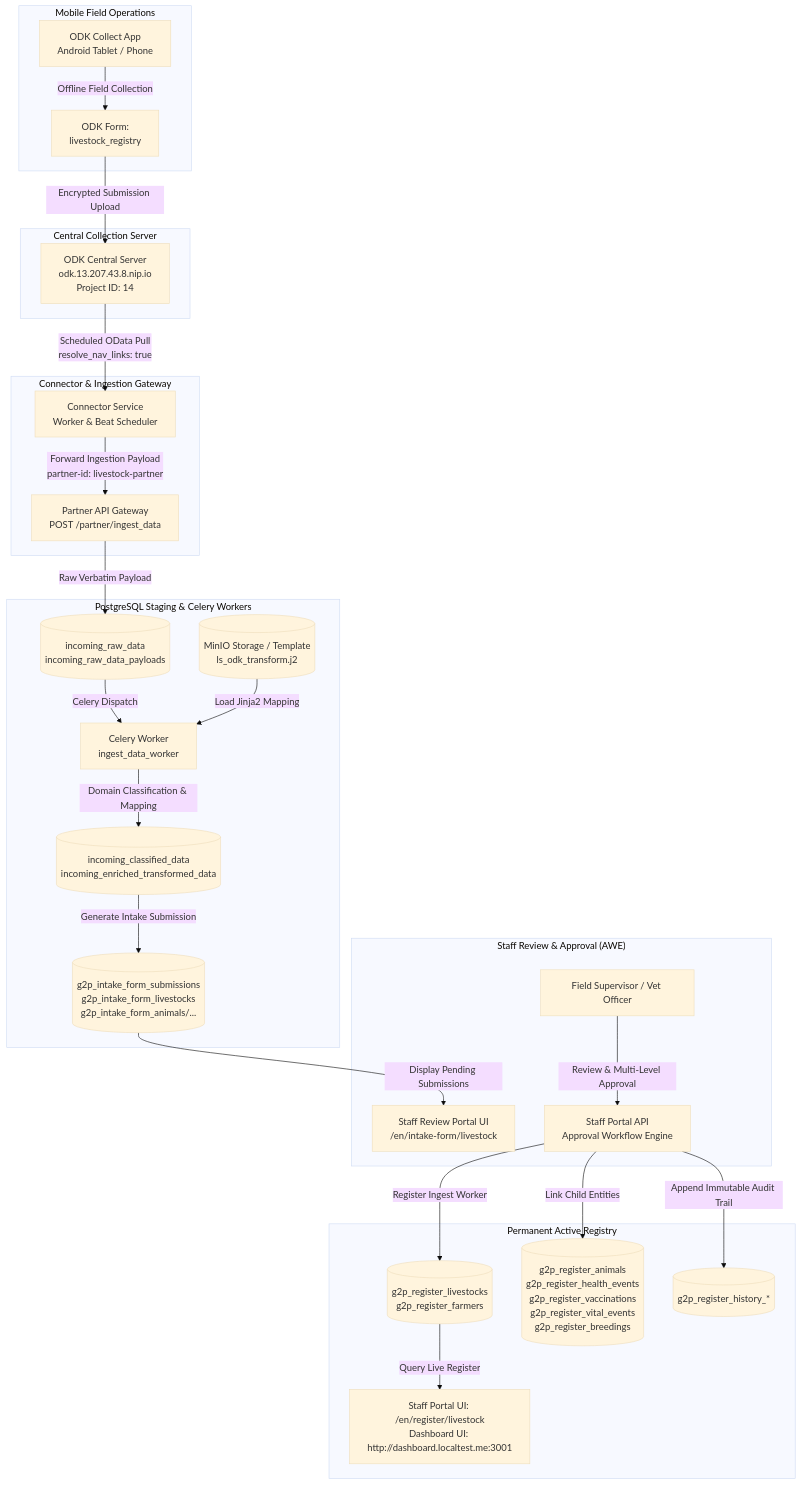
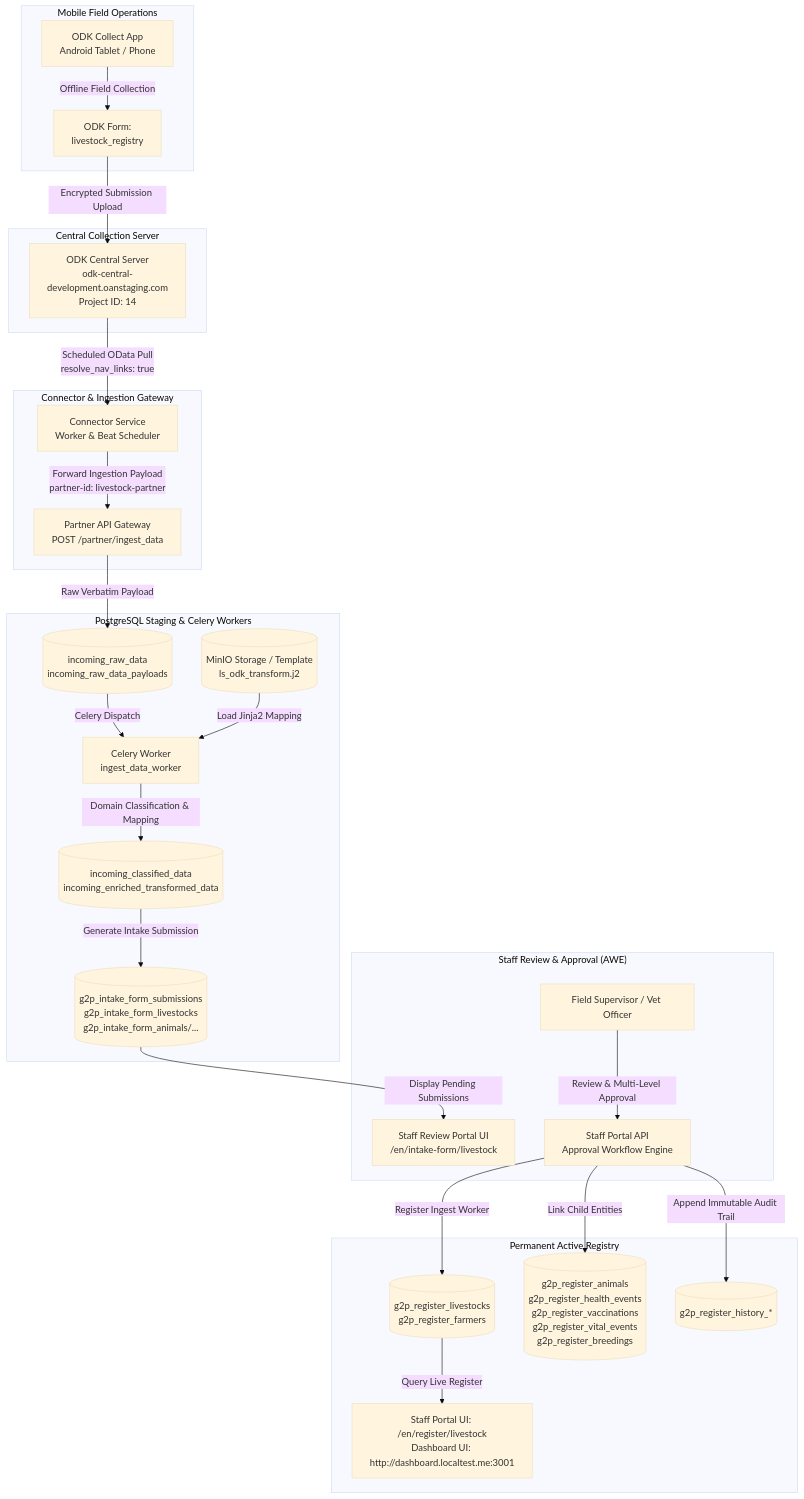
Before and after one commit to Centre-for-Open-Societal-Systems/livestock-registry: the diagram in README.md, drawn with Mermaid (base theme). The commit also changed other lines of this file and 10 other files, not shown here.

````diff
--- a/README.md
+++ b/README.md
@@ -127,35 +127,35 @@
 ```mermaid
 flowchart TD
     subgraph Field ["Mobile Field Operations"]
         A[ODK Collect App<br/>Android Tablet / Phone] -->|Offline Field Collection| B[ODK Form:<br/>livestock_registry]
     end
 
     subgraph ODKCentral ["Central Collection Server"]
-        B -->|Encrypted Submission Upload| C[ODK Central Server<br/>odk.13.207.43.8.nip.io<br/>Project ID: 14]
+        B -->|Encrypted Submission Upload| C[ODK Central Server<br/>odk-central-development.oanstaging.com<br/>Project ID: 14]
     end
 
     subgraph IngestionGateway ["Connector & Ingestion Gateway"]
         C -->|Scheduled OData Pull<br/>resolve_nav_links: true| D[Connector Service<br/>Worker & Beat Scheduler]
         D -->|Forward Ingestion Payload<br/>partner-id: livestock-partner| E[Partner API Gateway<br/>POST /partner/ingest_data]
     end
 
     subgraph Staging ["PostgreSQL Staging & Celery Workers"]
         E -->|Raw Verbatim Payload| F[(incoming_raw_data<br/>incoming_raw_data_payloads)]
         F -->|Celery Dispatch| G[Celery Worker<br/>ingest_data_worker]
         H[(MinIO Storage / Template<br/>ls_odk_transform.j2)] -->|Load Jinja2 Mapping| G
         G -->|Domain Classification & Mapping| I[(incoming_classified_data<br/>incoming_enriched_transformed_data)]
         I -->|Generate Intake Submission| J[(g2p_intake_form_submissions<br/>g2p_intake_form_livestocks<br/>g2p_intake_form_animals/...)]
     end
 
     subgraph StaffPortal ["Staff Review & Approval (AWE)"]
         J -->|Display Pending Submissions| K[Staff Review Portal UI<br/>/en/intake-form/livestock]
         L[Field Supervisor / Vet Officer] -->|Review & Multi-Level Approval| M[Staff Portal API<br/>Approval Workflow Engine]
     end
 
     subgraph LiveRegistry ["Permanent Active Registry"]
         M -->|Register Ingest Worker| N[(g2p_register_livestocks<br/>g2p_register_farmers)]
         M -->|Link Child Entities| O[(g2p_register_animals<br/>g2p_register_health_events<br/>g2p_register_vaccinations<br/>g2p_register_vital_events<br/>g2p_register_breedings)]
         M -->|Append Immutable Audit Trail| P[(g2p_register_history_*)]
         N -->|Query Live Register| Q[Staff Portal UI: /en/register/livestock<br/>Dashboard UI: http://dashboard.localtest.me:3001]
     end
 ```
````
